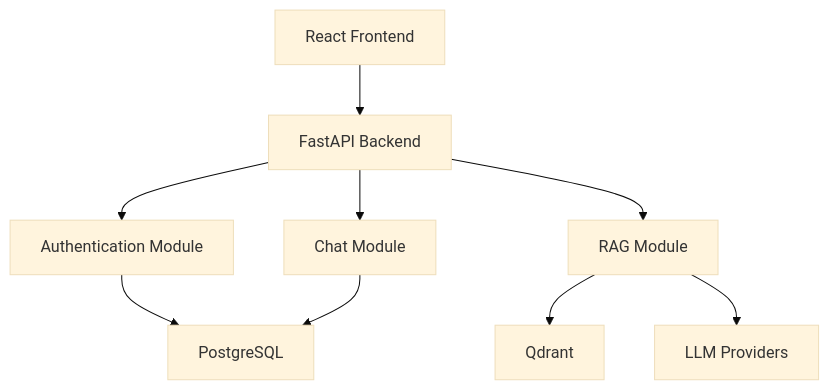
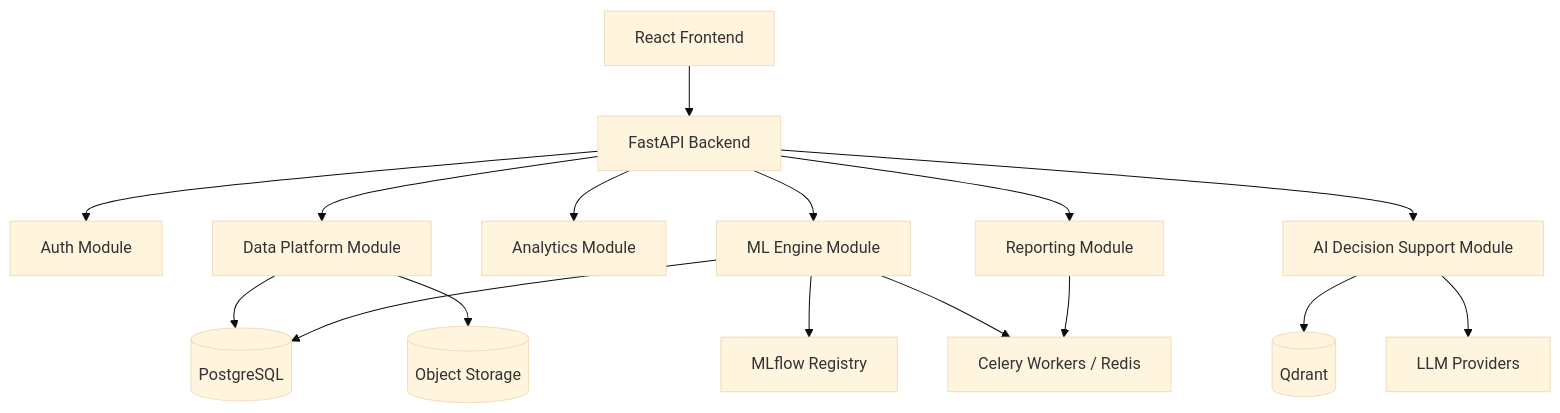
Before and after one commit to SubhranshuPan/medintel-ai: the diagram in docs/02_TRD.md, drawn with Mermaid (base theme). The commit also changed other lines of this file and 3 other files, not shown here.

````diff
--- a/docs/02_TRD.md
+++ b/docs/02_TRD.md
@@ -41,36 +48,18 @@
 ```mermaid
 flowchart TD
-
-A[React Frontend]
-
-B[FastAPI Backend]
-
-C[Authentication Module]
-
-D[Chat Module]
-
-E[RAG Module]
-
-F[PostgreSQL]
-
-G[Qdrant]
-
-H[LLM Providers]
-
-A --> B
-
-B --> C
-
-B --> D
-
-B --> E
-
-C --> F
-
-D --> F
-
-E --> G
-
-E --> H
-
+A[React Frontend] --> B[FastAPI Backend]
+B --> C[Auth Module]
+B --> D[Data Platform Module]
+B --> E[Analytics Module]
+B --> F[ML Engine Module]
+B --> G[AI Decision Support Module]
+B --> H[Reporting Module]
+D --> I[(PostgreSQL)]
+D --> J[(Object Storage)]
+F --> I
+F --> K[MLflow Registry]
+F --> L[Celery Workers / Redis]
+G --> M[(Qdrant)]
+G --> N[LLM Providers]
+H --> L
 ```
````
